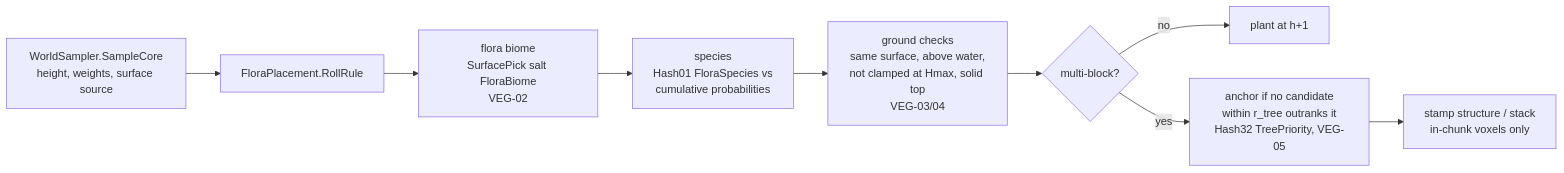
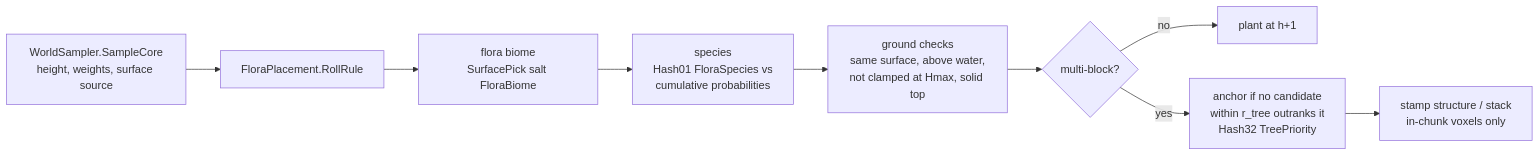
The second of 7 diagrams in Assets/Engine/Docs/WorldGenerationPipeline.md (anilas5235/Infinitile), drawn with Mermaid before and after one commit. The commit also changed other lines of this file and 281 other files, not shown here.

````diff
--- a/Assets/Engine/Docs/WorldGenerationPipeline.md
+++ b/Assets/Engine/Docs/WorldGenerationPipeline.md
@@ -138,22 +133,20 @@
 ```mermaid
 flowchart LR
     C[WorldSampler.SampleCore
 height, weights, surface source] --> R[FloraPlacement.RollRule]
     R --> FB[flora biome
-SurfacePick salt FloraBiome
-VEG-02]
+SurfacePick salt FloraBiome]
     FB --> SP[species
 Hash01 FloraSpecies vs
 cumulative probabilities]
     SP --> G[ground checks
 same surface, above water,
-not clamped at Hmax, solid top
-VEG-03/04]
+not clamped at Hmax, solid top]
     G --> MB{multi-block?}
     MB -- no --> P[plant at h+1]
     MB -- yes --> A[anchor if no candidate
 within r_tree outranks it
-Hash32 TreePriority, VEG-05]
+Hash32 TreePriority]
     A --> S[stamp structure / stack
 in-chunk voxels only]
 ```
````
